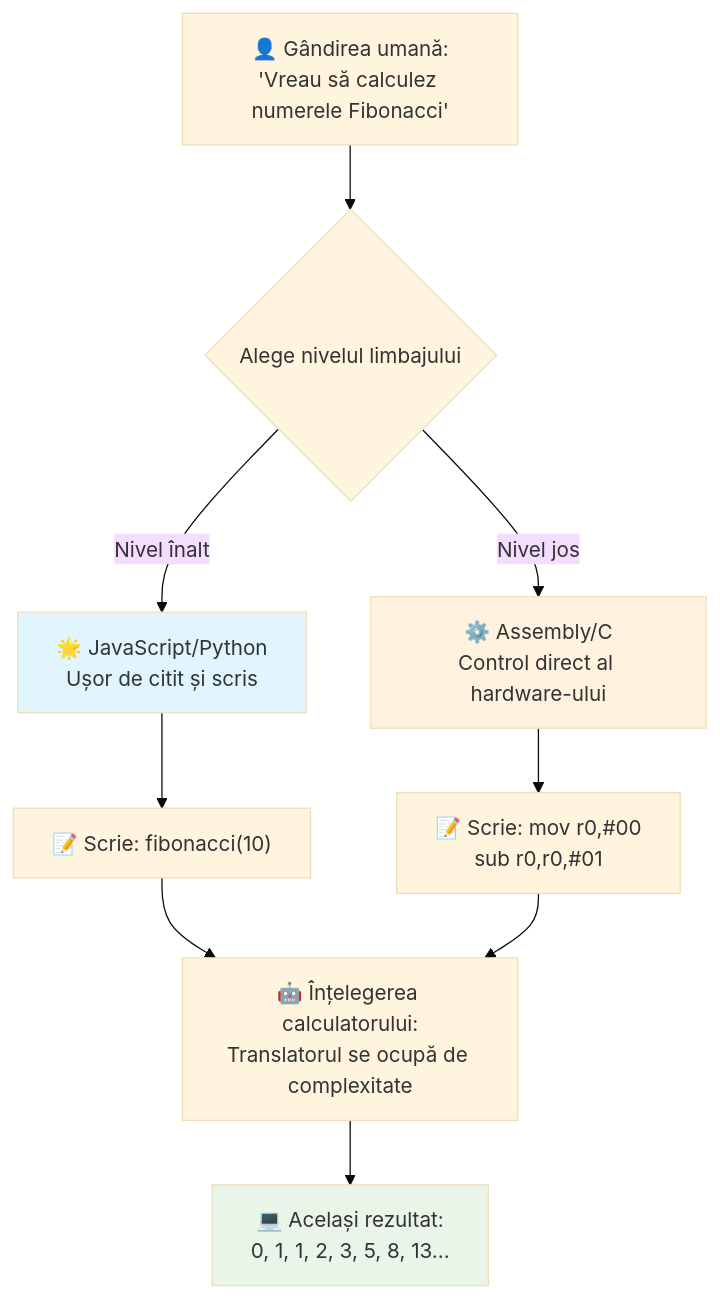
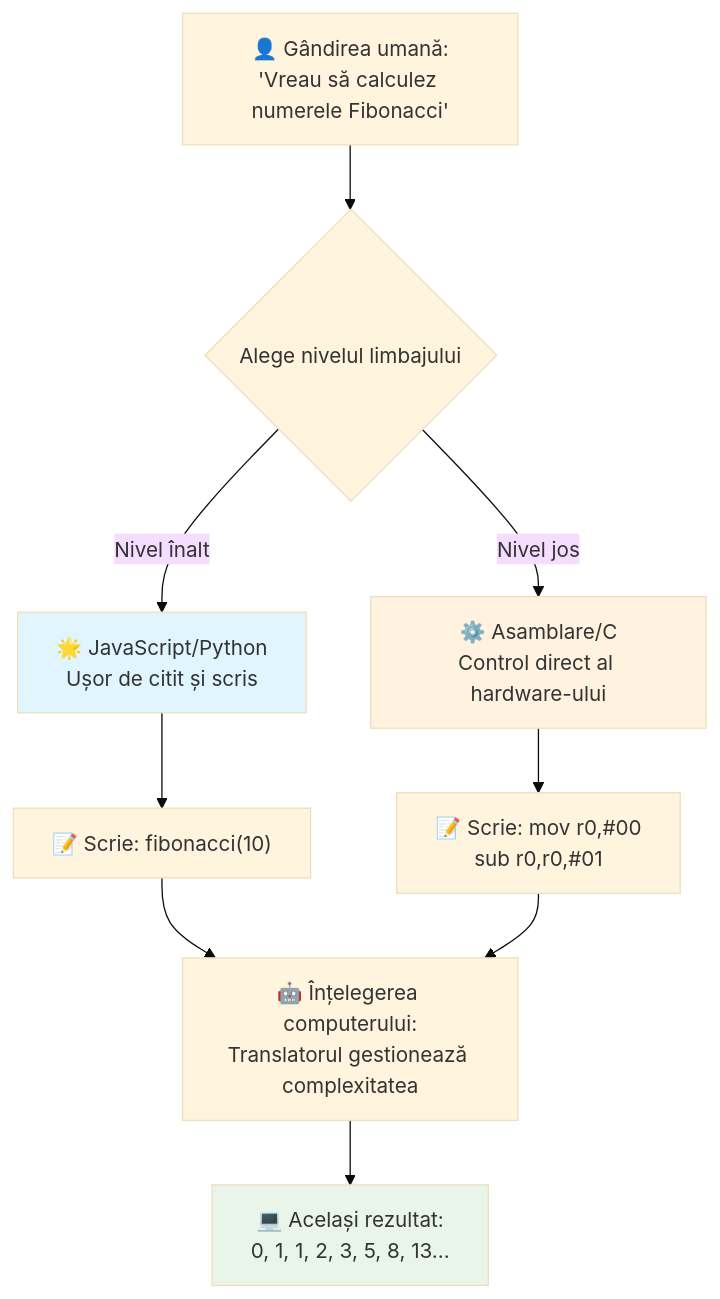
Before and after one commit to microsoft/Web-Dev-For-Beginners: the third of 7 diagrams in translations/ro/1-getting-started-lessons/1-intro-to-programming-languages/README.md, drawn with Mermaid (base theme). The commit also changed other lines of this file and 11 other files, not shown here.

````diff
--- a/translations/ro/1-getting-started-lessons/1-intro-to-programming-languages/README.md
+++ b/translations/ro/1-getting-started-lessons/1-intro-to-programming-languages/README.md
@@ -148,19 +148,19 @@
 ```mermaid
 flowchart TB
     A["👤 Gândirea umană:<br/>'Vreau să calculez numerele Fibonacci'"] --> B{Alege nivelul limbajului}
     
     B -->|Nivel înalt| C["🌟 JavaScript/Python<br/>Ușor de citit și scris"]
-    B -->|Nivel jos| D["⚙️ Assembly/C<br/>Control direct al hardware-ului"]
+    B -->|Nivel jos| D["⚙️ Asamblare/C<br/>Control direct al hardware-ului"]
     
     C --> E["📝 Scrie: fibonacci(10)"]
     D --> F["📝 Scrie: mov r0,#00<br/>sub r0,r0,#01"]
     
-    E --> G["🤖 Înțelegerea calculatorului:<br/>Translatorul se ocupă de complexitate"]
+    E --> G["🤖 Înțelegerea computerului:<br/>Translatorul gestionează complexitatea"]
     F --> G
     
     G --> H["💻 Același rezultat:<br/>0, 1, 1, 2, 3, 5, 8, 13..."]
     
     style C fill:#e1f5fe
     style D fill:#fff3e0
     style H fill:#e8f5e8
 ```
````
